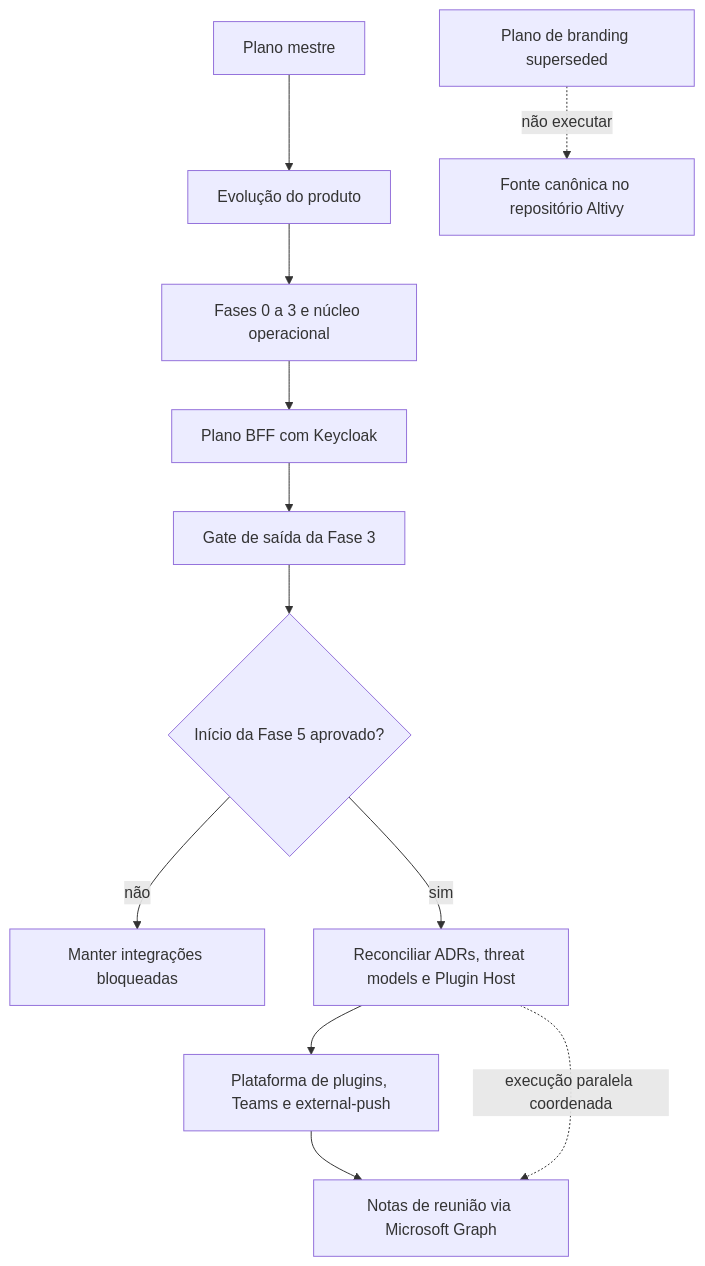
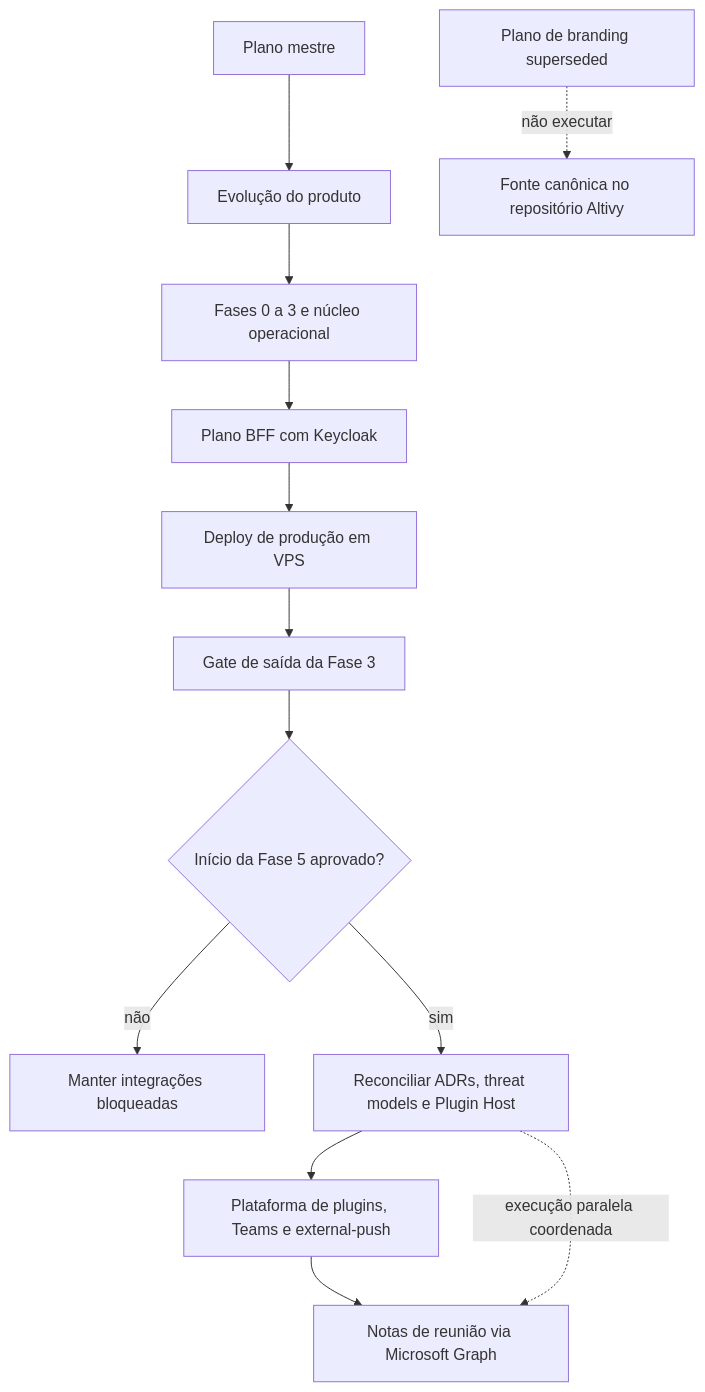
The second of 2 diagrams in docs/plano-mestre.md (altivy-it/nodra), drawn with Mermaid before and after one commit. The commit also changed other lines of this file and 22 other files, not shown here.

````diff
--- a/docs/plano-mestre.md
+++ b/docs/plano-mestre.md
@@ -434,14 +435,15 @@
 ```mermaid
 flowchart TD
      Master[Plano mestre] --> Evolution[Evolução do produto]
      Evolution --> Foundation[Fases 0 a 3 e núcleo operacional]
      Foundation --> Bff[Plano BFF com Keycloak]
-     Bff --> CorporateGate[Gate de saída da Fase 3]
+    Bff --> Production[Deploy de produção em VPS]
+    Production --> CorporateGate[Gate de saída da Fase 3]
      CorporateGate --> HumanGate{Início da Fase 5 aprovado?}
      HumanGate -->|não| Stop[Manter integrações bloqueadas]
     HumanGate -->|sim| Shared[Reconciliar ADRs, threat models e Plugin Host]
     Shared --> Push[Plataforma de plugins, Teams e external-push]
      Push --> Graph[Notas de reunião via Microsoft Graph]
      Shared -. execução paralela coordenada .-> Graph
      Branding[Plano de branding superseded] -. não executar .-> BrandSource[Fonte canônica no repositório Altivy]
 ```
````
